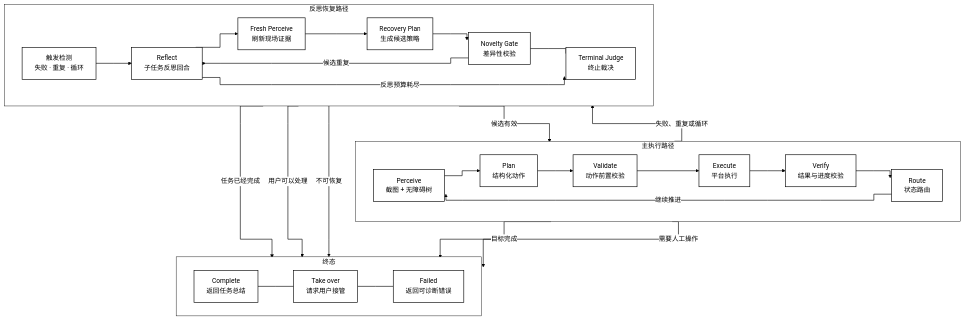
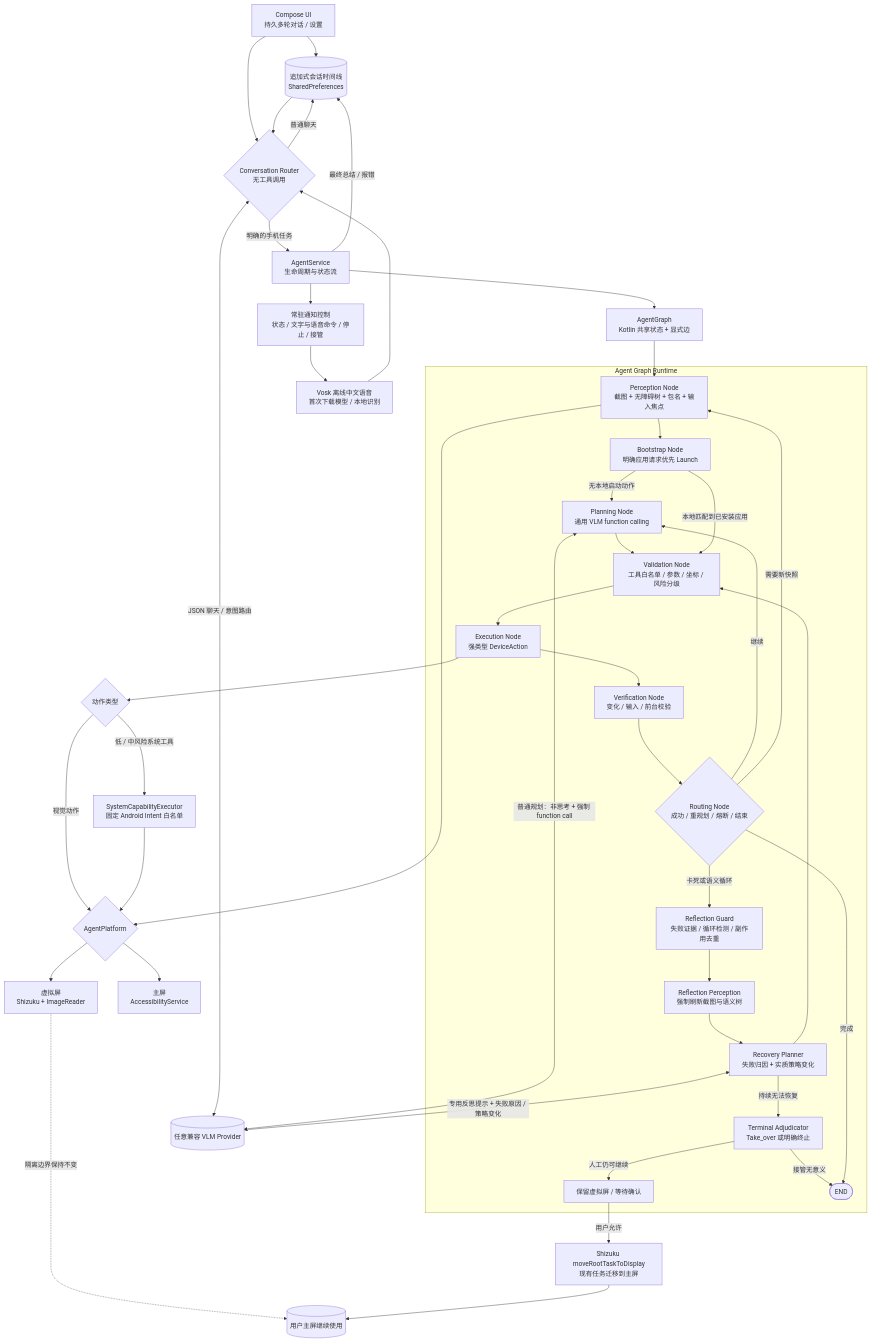
One commit to lorz0619-cell/Umbra-phone-agent changed the first of 2 diagrams in README.md. Above: the diagram before and after it, drawn with Mermaid. The commit also changed other lines of this file, not shown here.

Commit message:
Replace README diagrams with Chinese versions

````diff
--- a/README.md
+++ b/README.md
@@ -67,36 +11,54 @@
 ```mermaid
-%%{init: {"theme":"base","themeVariables":{"primaryColor":"#ffffff","primaryTextColor":"#000000","primaryBorderColor":"#000000","lineColor":"#000000","secondaryColor":"#ffffff","tertiaryColor":"#ffffff","edgeLabelBackground":"#ffffff","clusterBkg":"#ffffff","clusterBorder":"#000000"},"flowchart":{"curve":"stepAfter","nodeSpacing":46,"rankSpacing":62,"htmlLabels":true}}}%%
 flowchart TB
-    subgraph MAIN["主执行路径"]
-        direction LR
-        P["Perceive<br/>截图 + 无障碍树"] --> PL["Plan<br/>结构化动作"] --> VA["Validate<br/>动作前置校验"] --> EX["Execute<br/>平台执行"] --> VE["Verify<br/>结果与进度校验"] --> RO["Route<br/>状态路由"]
+    UI["Compose UI<br/>持久多轮对话 / 设置"] --> Timeline[("追加式会话时间线<br/>SharedPreferences")]
+    UI --> Router{"Conversation Router<br/>无工具调用"}
+    Timeline --> Router
+    Router -->|普通聊天| Timeline
+    Router -->|明确的手机任务| Service["AgentService<br/>生命周期与状态流"]
+    Service -->|最终总结 / 报错| Timeline
+    Service --> Graph["AgentGraph<br/>Kotlin 共享状态 + 显式边"]
+    Service --> Notice["常驻通知控制<br/>状态 / 文字与语音命令 / 停止 / 接管"]
+    Notice --> Voice["Vosk 离线中文语音<br/>首次下载模型 / 本地识别"]
+    Voice --> Router
+
+    subgraph Runtime["Agent Graph Runtime"]
+        P["Perception Node<br/>截图 + 无障碍树 + 包名 + 输入焦点"]
+        B["Bootstrap Node<br/>明确应用请求优先 Launch"]
+        L["Planning Node<br/>通用 VLM function calling"]
+        V["Validation Node<br/>工具白名单 / 参数 / 坐标 / 风险分级"]
+        E["Execution Node<br/>强类型 DeviceAction"]
+        C["Verification Node<br/>变化 / 输入 / 前台校验"]
+        R{"Routing Node<br/>成功 / 重规划 / 熔断 / 结束"}
+        F["Reflection Guard<br/>失败证据 / 循环检测 / 副作用去重"]
+        RP["Reflection Perception<br/>强制刷新截图与语义树"]
+        RL["Recovery Planner<br/>失败归因 + 实质策略变化"]
+        TA["Terminal Adjudicator<br/>Take_over 或明确终止"]
+        P --> B
+        B -->|无本地启动动作| L --> V --> E --> C --> R
+        B -->|本地匹配到已安装应用| V
+        R -->|继续| L
+        R -->|需要新快照| P
+        R -->|卡死或语义循环| F
+        F --> RP --> RL --> V
+        RL -->|持续无法恢复| TA
+        TA -->|人工仍可继续| HOLD["保留虚拟屏 / 等待确认"]
+        TA -->|接管无意义| END([END])
+        R -->|完成| END
     end
 
-    subgraph RECOVERY["反思恢复路径"]
-        direction LR
-        TD["触发检测<br/>失败 · 重复 · 循环"] --> RF["Reflect<br/>子任务反思回合"] --> FP["Fresh Perceive<br/>刷新现场证据"] --> RP["Recovery Plan<br/>生成候选策略"] --> NG["Novelty Gate<br/>差异性校验"] ~~~ TA["Terminal Judge<br/>终止裁决"]
-    end
+    Graph --> P
+    L <-->|普通规划：非思考 + 强制 function call| Provider[("任意兼容 VLM Provider")]
+    RL <-->|专用反思提示 + 失败原因 / 策略变化| Provider
+    Router <-->|JSON 聊天 / 意图路由| Provider
 
-    subgraph TERMINAL["终态"]
-        direction LR
-        CO["Complete<br/>返回任务总结"] ~~~ TO["Take over<br/>请求用户接管"] ~~~ FA["Failed<br/>返回可诊断错误"]
-    end
-
-    RO -->|继续推进| P
-    RO -->|失败、重复或循环| TD
-    RO -->|目标完成| CO
-    RO -->|需要人工操作| TO
-    NG -->|候选有效| VA
-    NG -->|候选重复| RF
-    RF -->|反思预算耗尽| TA
-    TA -->|任务已经完成| CO
-    TA -->|用户可以处理| TO
-    TA -->|不可恢复| FA
-
-    classDef box fill:#ffffff,stroke:#000000,color:#000000,stroke-width:1.5px;
-    class P,PL,VA,EX,VE,RO,TD,RF,FP,RP,NG,TA,CO,TO,FA box;
-    style MAIN fill:#ffffff,stroke:#000000,color:#000000,stroke-width:1px
-    style RECOVERY fill:#ffffff,stroke:#000000,color:#000000,stroke-width:1px
-    style TERMINAL fill:#ffffff,stroke:#000000,color:#000000,stroke-width:1px
-    linkStyle default stroke:#000000,stroke-width:1.5px;
+    E --> Dispatch{"动作类型"}
+    Dispatch -->|视觉动作| Platform{"AgentPlatform"}
+    Dispatch -->|低 / 中风险系统工具| Intent["SystemCapabilityExecutor<br/>固定 Android Intent 白名单"]
+    Intent --> Platform
+    P --> Platform
+    Platform --> Main["主屏<br/>AccessibilityService"]
+    Platform --> Virtual["虚拟屏<br/>Shizuku + ImageReader"]
+    Virtual -.隔离边界保持不变.-> MainScreen[("用户主屏继续使用")]
+    HOLD -->|用户允许| Move["Shizuku moveRootTaskToDisplay<br/>现有任务迁移到主屏"]
+    Move --> MainScreen
 ```
````
